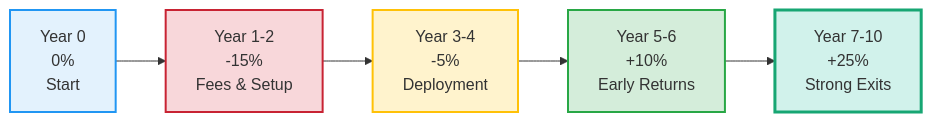
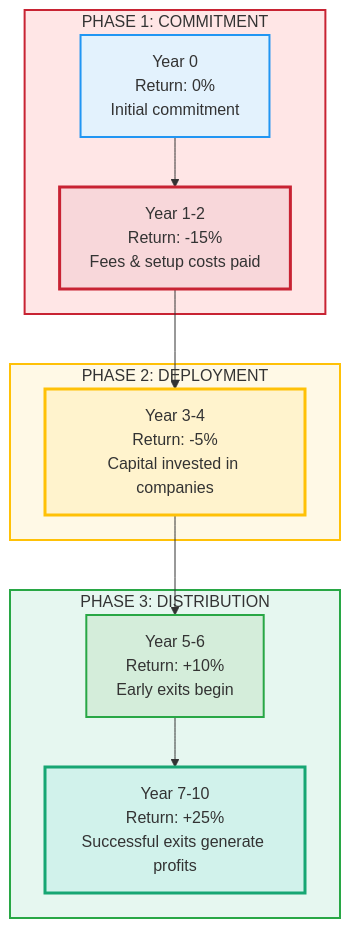
Before and after one commit to agarwalvipin/open_cfa: the diagram in docs/LOS/Alts/Reading 77.md, drawn with Mermaid. The commit also changed other lines of this file, not shown here.

Commit message:
Revise J-Curve diagram in Reading 77: Update graph structure and enhance phase descriptions for improved clarity and understanding of investment lifecycle.

````diff
--- a/docs/LOS/Alts/Reading 77.md
+++ b/docs/LOS/Alts/Reading 77.md
@@ -30,13 +30,27 @@
 ```mermaid
-graph LR
-    A["Year 0<br/>0%<br/>Start"] --> B["Year 1-2<br/>-15%<br/>Fees & Setup"]
-    B --> C["Year 3-4<br/>-5%<br/>Deployment"]
-    C --> D["Year 5-6<br/>+10%<br/>Early Returns"]
-    D --> E["Year 7-10<br/>+25%<br/>Strong Exits"]
+graph TB
+    subgraph P1["PHASE 1: COMMITMENT"]
+        A["Year 0<br/>Return: 0%<br/>Initial commitment"] --> B["Year 1-2<br/>Return: -15%<br/>Fees & setup costs paid"]
+    end
+    
+    subgraph P2["PHASE 2: DEPLOYMENT"]
+        C["Year 3-4<br/>Return: -5%<br/>Capital invested in companies"]
+    end
+    
+    subgraph P3["PHASE 3: DISTRIBUTION"]
+        D["Year 5-6<br/>Return: +10%<br/>Early exits begin"] --> E["Year 7-10<br/>Return: +25%<br/>Successful exits generate profits"]
+    end
+    
+    B --> C
+    C --> D
     
     style A fill:#e3f2fd,stroke:#2196f3,stroke-width:2px
-    style B fill:#f8d7da,stroke:#c82333,stroke-width:2px
-    style C fill:#fff3cd,stroke:#ffc107,stroke-width:2px
+    style B fill:#f8d7da,stroke:#c82333,stroke-width:3px
+    style C fill:#fff3cd,stroke:#ffc107,stroke-width:3px
     style D fill:#d4edda,stroke:#28a745,stroke-width:2px
     style E fill:#d1f2eb,stroke:#17a673,stroke-width:3px
+    
+    style P1 fill:#ffe6e6,stroke:#c82333,stroke-width:2px
+    style P2 fill:#fff9e6,stroke:#ffc107,stroke-width:2px
+    style P3 fill:#e6f7f0,stroke:#28a745,stroke-width:2px
 ```
````
